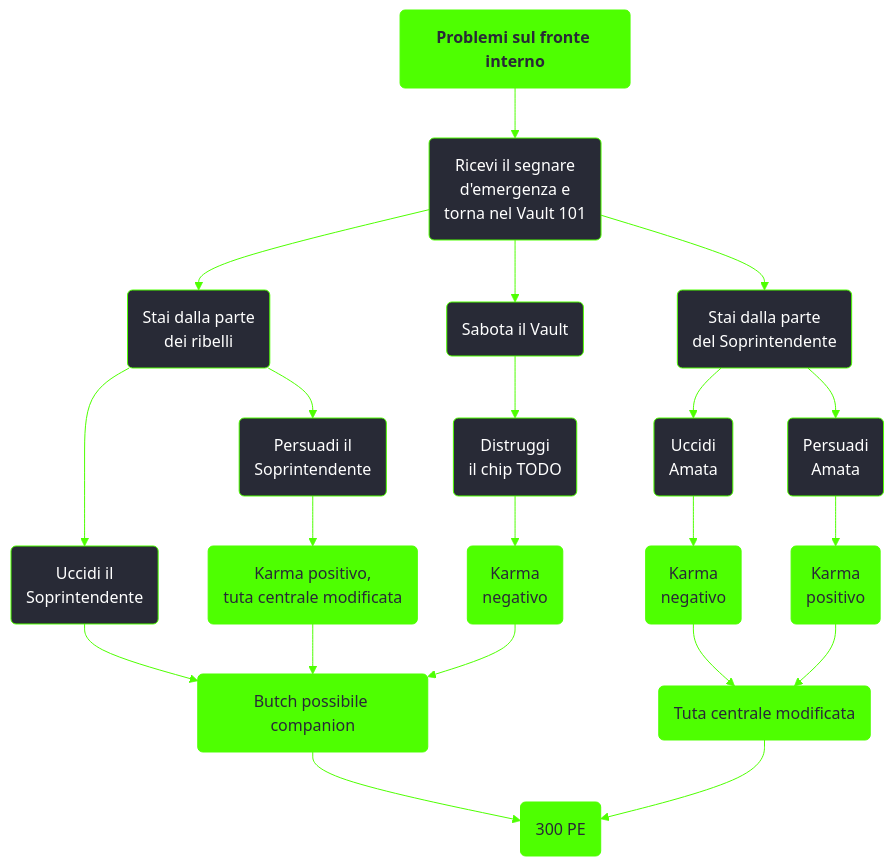
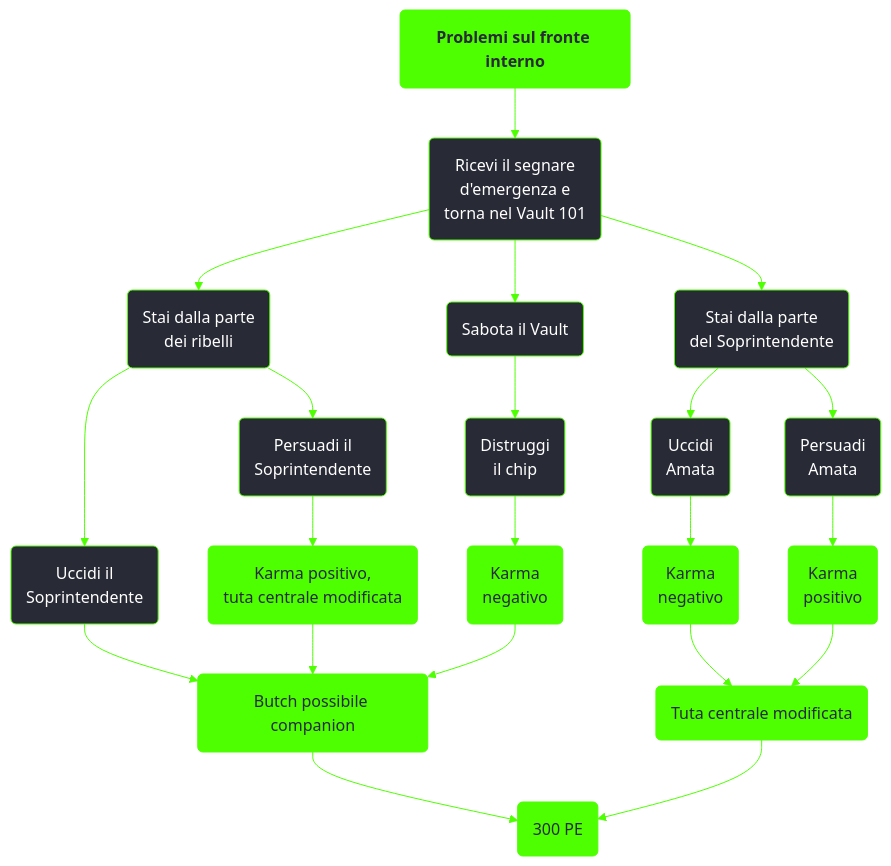
One commit to persy/wastelander changed the diagram in content/voci/fallout 3/missioni/Problemi sul fronte interno.md. Above: the diagram before and after it, drawn with Mermaid. The commit also changed 359 other files, not shown here.

````diff
--- a/content/voci/fallout 3/missioni/Problemi sul fronte interno.md
+++ b/content/voci/fallout 3/missioni/Problemi sul fronte interno.md
@@ -32,34 +32,34 @@
 ```mermaid
 %%{init: {'theme': 'base', 'themeVariables': { 'primaryColor': '#282a36', 'primaryBorderColor': '#4eff01', 'primaryTextColor': '#fff', 'lineColor': '#4eff01', 'fontFamily': 'Jura'}}}%%
 graph TD;
     id1(<b>Problemi sul fronte interno</b>):::questfo3
     id2(Ricevi il segnare <br />d'emergenza e <br />torna nel Vault 101)
     id3(Stai dalla parte <br />del Soprintendente)
     id4(Stai dalla parte <br />dei ribelli)
     id5(Sabota il Vault)
     id6(Uccidi <br />Amata)
     id7(Persuadi <br />Amata) 
     id8(Uccidi il <br />Soprintendente)
     id9(Persuadi il <br />Soprintendente)
-    id10(Distruggi <br />il chip TODO)
+    id10(Distruggi <br />il chip)
     id11(Karma <br />negativo):::rewardfo3
     id12(Karma <br />positivo):::rewardfo3
     id13(Tuta centrale modificata):::rewardfo3
     id14(Butch possibile companion):::rewardfo3
     id15(300 PE):::rewardfo3
     id16(Karma positivo, <br />tuta centrale modificata):::rewardfo3
     id17(Karma <br />negativo):::rewardfo3
     id1-->id2-->id3 & id4 & id5
     id3-->id6 & id7
     id4-->id8 & id9
     id5-->id10-->id17
     id6-->id11
     id7-->id12
     id9-->id16
     id8 & id16 & id17-->id14
     id11 & id12-->id13
     id14 & id13-->id15
     
     classDef rewardfo3 fill:#4eff01, stroke:#4eff01, color:#282a36;
     classDef questfo3 fill:#4eff01, stroke:#4eff01, color:#282a36;
 ```
````
